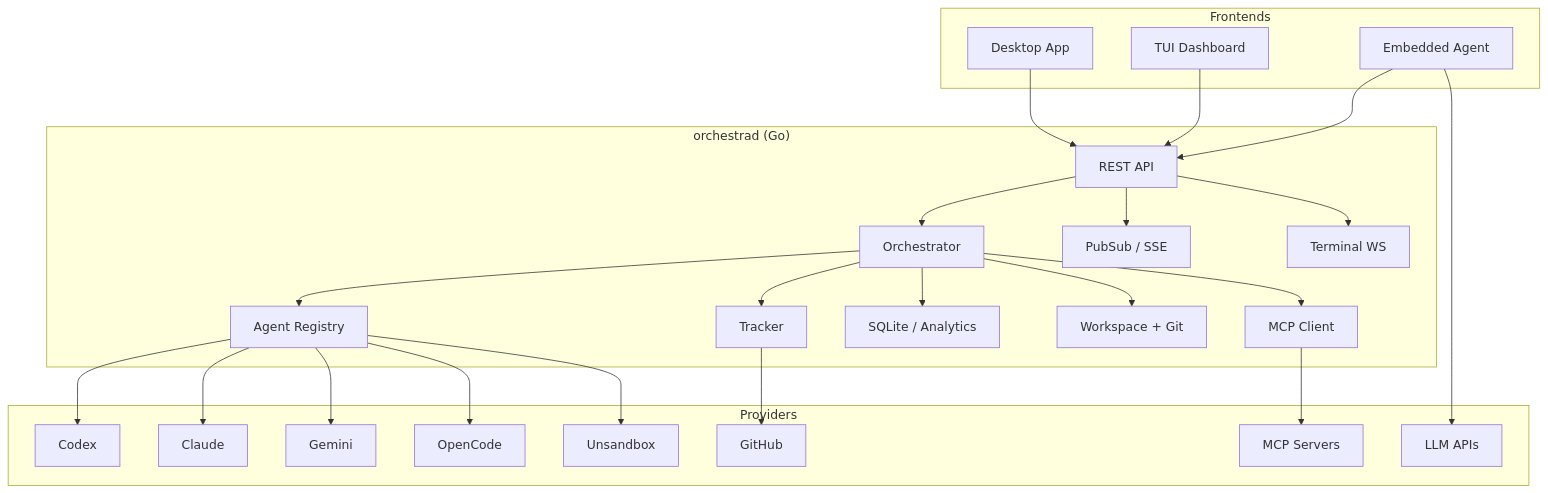
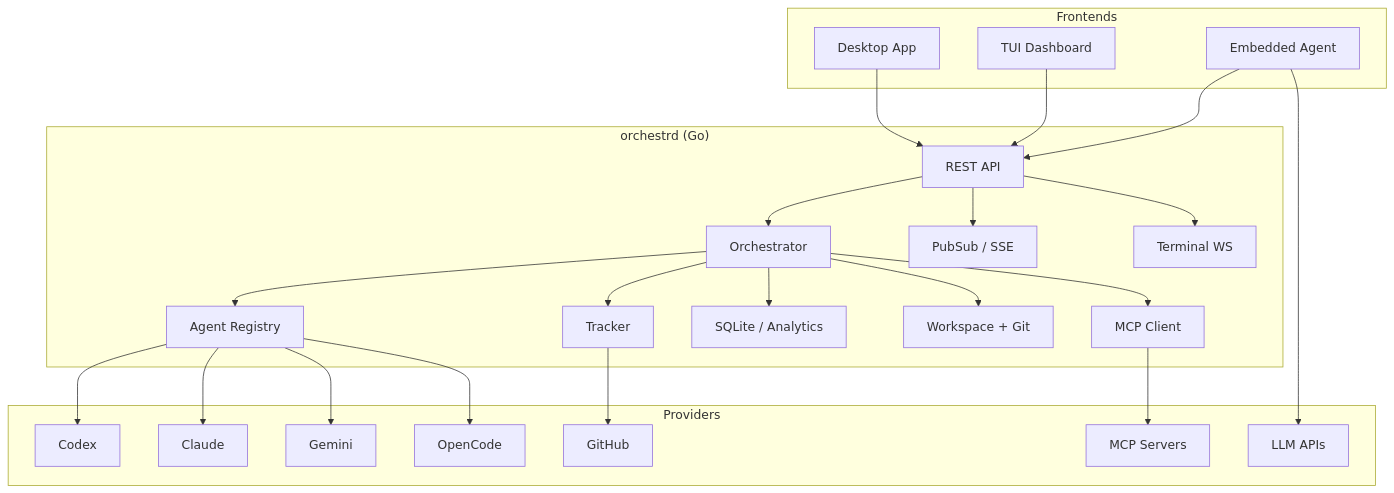
Before and after one commit to bradAGI/Orchestra: the diagram in README.md, drawn with Mermaid. The commit also changed other lines of this file, not shown here.

````diff
--- a/README.md
+++ b/README.md
@@ -24,51 +189,49 @@
 ```mermaid
 graph TB
     subgraph Frontends
         DESKTOP["Desktop App"]
         TUI["TUI Dashboard"]
         AGENT["Embedded Agent"]
     end
 
-    subgraph Backend["orchestrad (Go)"]
+    subgraph Backend["orchestrd (Go)"]
         API["REST API"]
         ORCH["Orchestrator"]
         PUB["PubSub / SSE"]
         REG["Agent Registry"]
         TRACKER["Tracker"]
         DB["SQLite / Analytics"]
         WS["Workspace + Git"]
         TERM["Terminal WS"]
         MCP["MCP Client"]
     end
 
     subgraph Providers
         CODEX["Codex"]
         CLAUDE["Claude"]
         GEMINI["Gemini"]
         OPENCODE["OpenCode"]
-        UNSANDBOX["Unsandbox"]
         GH["GitHub"]
         LLM["LLM APIs"]
         MCP_SRV["MCP Servers"]
     end
 
     DESKTOP --> API
     TUI --> API
     AGENT --> API
     API --> ORCH
     API --> PUB
     API --> TERM
     ORCH --> REG
     ORCH --> TRACKER
     ORCH --> DB
     ORCH --> WS
     REG --> CODEX
     REG --> CLAUDE
     REG --> GEMINI
     REG --> OPENCODE
-    REG --> UNSANDBOX
     TRACKER --> GH
     AGENT --> LLM
     ORCH --> MCP
     MCP --> MCP_SRV
 ```
````
